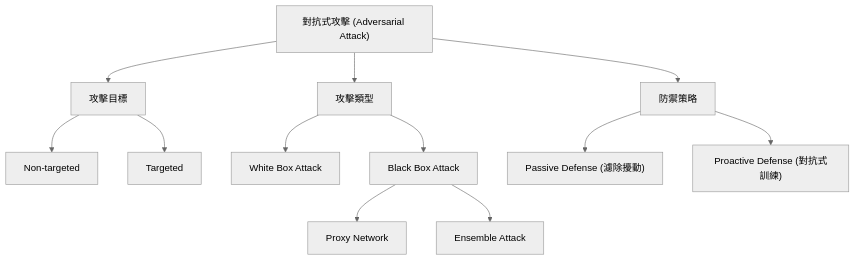
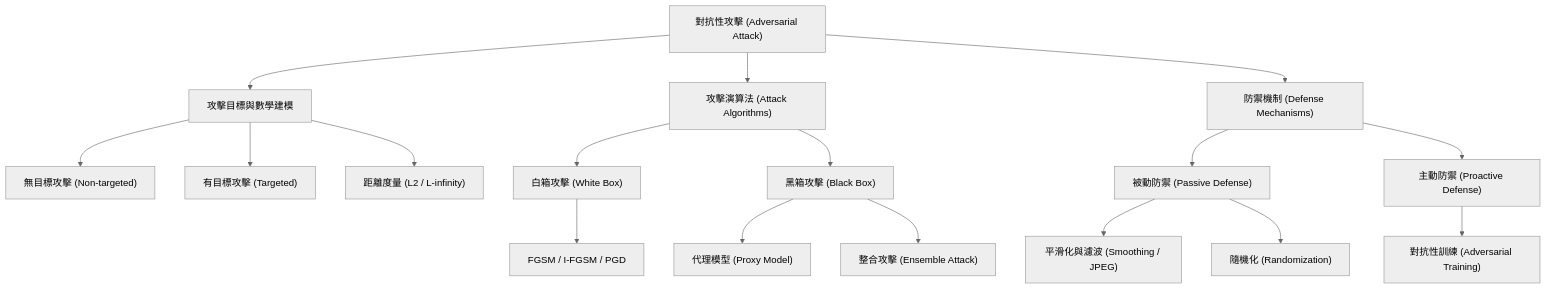
Before and after one commit to leo02311/ml2021-notes: the diagram in content/ml2021_video34_notes.md, drawn with Mermaid (neutral theme). The commit also changed other lines of this file and 16 other files, not shown here.

````diff
--- a/content/ml2021_video34_notes.md
+++ b/content/ml2021_video34_notes.md
@@ -50,18 +18,22 @@
 ```mermaid
 graph TD
-    A["對抗式攻擊 (Adversarial Attack)"] --> B["攻擊目標"]
-    A --> C["攻擊類型"]
-    A --> D["防禦策略"]
+    A["對抗性攻擊 (Adversarial Attack)"] --> B["攻擊目標與數學建模"]
+    A --> C["攻擊演算法 (Attack Algorithms)"]
+    A --> D["防禦機制 (Defense Mechanisms)"]
     
-    B --> B1["Non-targeted"]
-    B --> B2["Targeted"]
+    B --> B1["無目標攻擊 (Non-targeted)"]
+    B --> B2["有目標攻擊 (Targeted)"]
+    B --> B3["距離度量 (L2 / L-infinity)"]
     
-    C --> C1["White Box Attack"]
-    C --> C2["Black Box Attack"]
+    C --> C1["白箱攻擊 (White Box)"]
+    C --> C2["黑箱攻擊 (Black Box)"]
+    C1 --> D1["FGSM / I-FGSM / PGD"]
+    C2 --> D2["代理模型 (Proxy Model)"]
+    C2 --> D3["整合攻擊 (Ensemble Attack)"]
     
-    D --> D1["Passive Defense (濾除擾動)"]
-    D --> D2["Proactive Defense (對抗式訓練)"]
-    
-    C2 --> C3["Proxy Network"]
-    C2 --> C4["Ensemble Attack"]
+    D --> E1["被動防禦 (Passive Defense)"]
+    D --> E2["主動防禦 (Proactive Defense)"]
+    E1 --> F1["平滑化與濾波 (Smoothing / JPEG)"]
+    E1 --> F2["隨機化 (Randomization)"]
+    E2 --> F3["對抗性訓練 (Adversarial Training)"]
 ```
````
